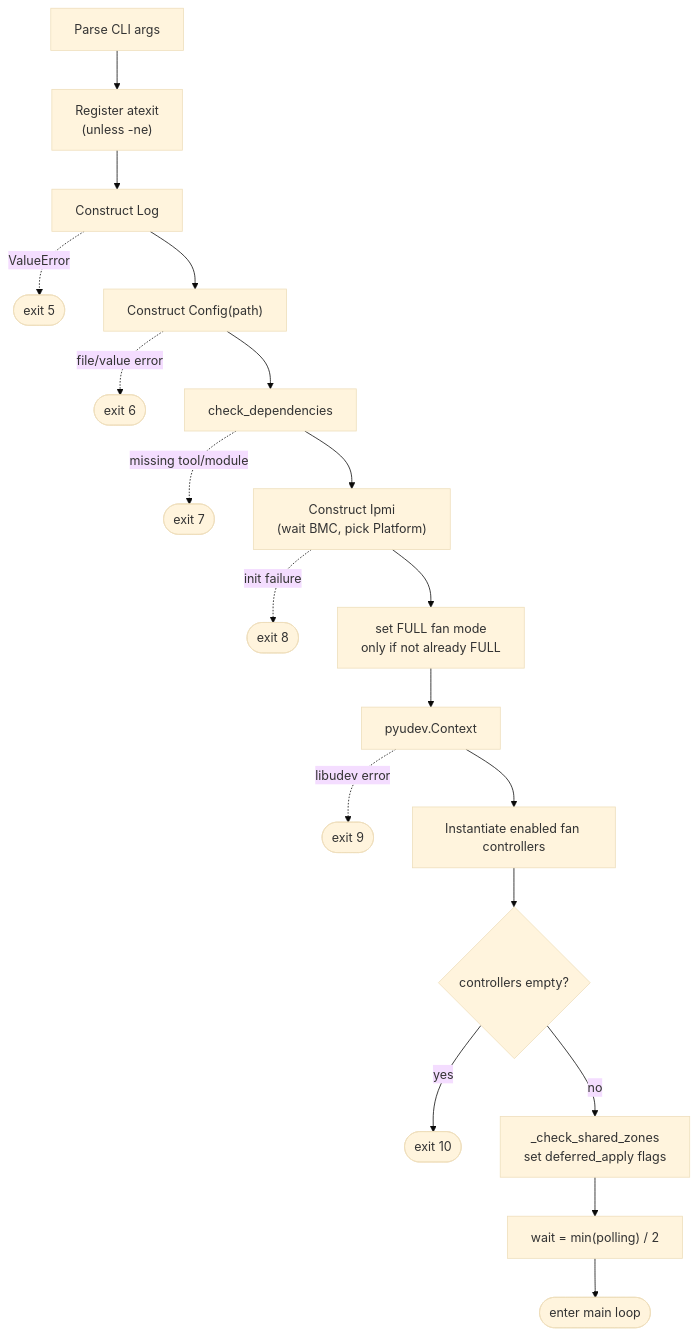
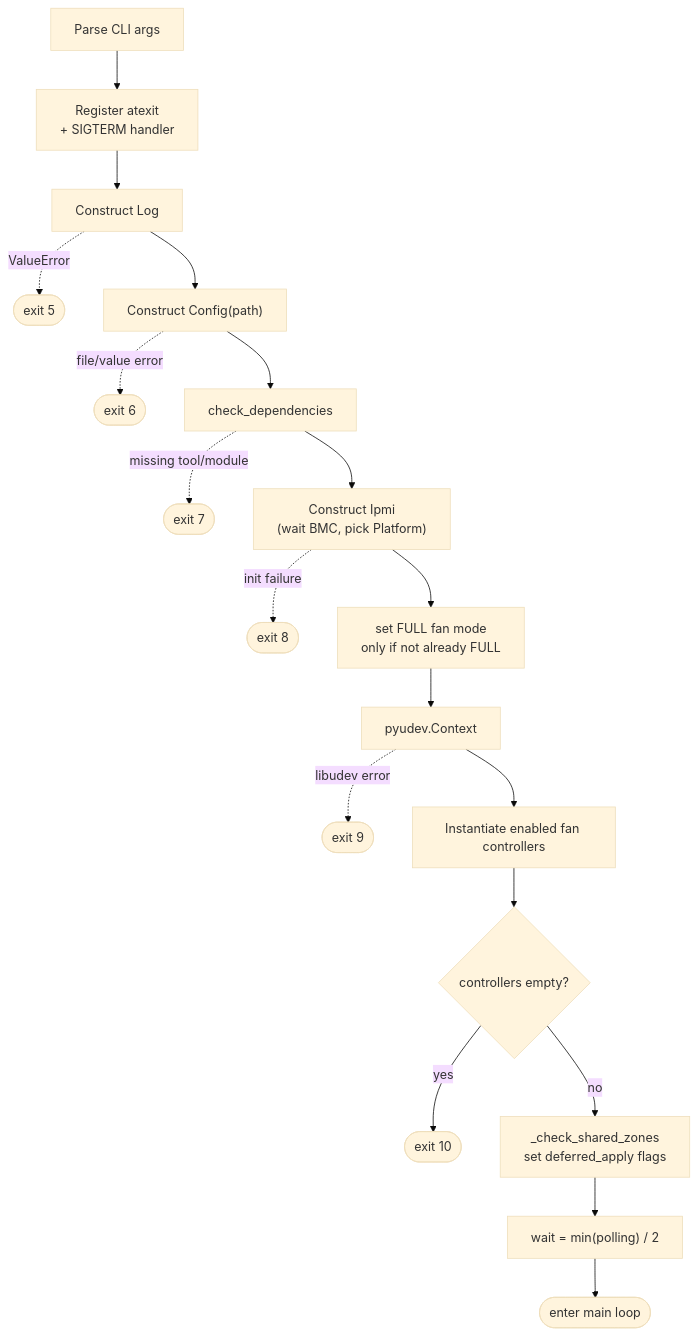
Before and after one commit to petersulyok/smfc: the sixth of 11 diagrams in ARCHITECTURE.md, drawn with Mermaid (base theme). The commit also changed other lines of this file and 26 other files, not shown here.

````diff
--- a/ARCHITECTURE.md
+++ b/ARCHITECTURE.md
@@ -672,21 +672,21 @@
 ```mermaid
 flowchart TD
-    A[Parse CLI args] --> B["Register atexit<br/>(unless -ne)"]
+    A[Parse CLI args] --> B["Register atexit<br/>+ SIGTERM handler"]
     B --> C[Construct Log]
     C -. "ValueError" .-> X5([exit 5])
     C --> D["Construct Config(path)"]
     D -. "file/value error" .-> X6([exit 6])
     D --> E[check_dependencies]
     E -. "missing tool/module" .-> X7([exit 7])
     E --> F["Construct Ipmi<br/>(wait BMC, pick Platform)"]
     F -. "init failure" .-> X8([exit 8])
     F --> G["set FULL fan mode<br/>only if not already FULL"]
     G --> H[pyudev.Context]
     H -. "libudev error" .-> X9([exit 9])
     H --> I[Instantiate enabled fan controllers]
     I --> J{controllers empty?}
     J -- yes --> X10([exit 10])
     J -- no --> K["_check_shared_zones<br/>set deferred_apply flags"]
     K --> L["wait = min(polling) / 2"]
     L --> M([enter main loop])
 ```
````
